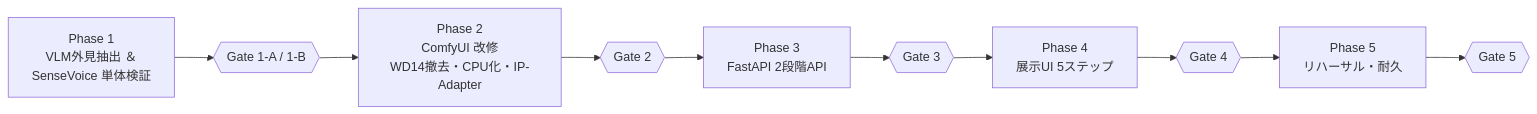
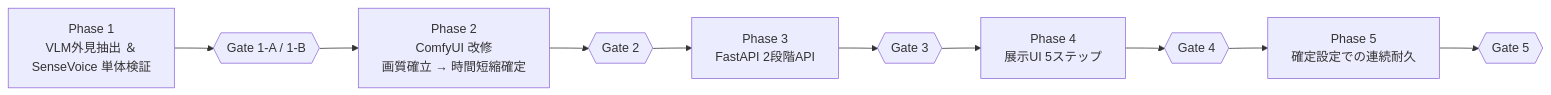
Before and after one commit to nasabanaru-sketch/StoryWeaver: the second of 2 diagrams in docs/plans/README.md, drawn with Mermaid. The commit also changed other lines of this file and 1 other file, not shown here.

````diff
--- a/docs/plans/README.md
+++ b/docs/plans/README.md
@@ -143,8 +158,8 @@
 ```mermaid
 graph LR
     P1["Phase 1<br/>VLM外見抽出 ＆<br/>SenseVoice 単体検証"] --> G1{{"Gate 1-A / 1-B"}}
-    G1 --> P2["Phase 2<br/>ComfyUI 改修<br/>WD14撤去・CPU化・IP-Adapter"] --> G2{{"Gate 2"}}
+    G1 --> P2["Phase 2<br/>ComfyUI 改修<br/>画質確立 → 時間短縮確定"] --> G2{{"Gate 2"}}
     G2 --> P3["Phase 3<br/>FastAPI 2段階API"] --> G3{{"Gate 3"}}
     G3 --> P4["Phase 4<br/>展示UI 5ステップ"] --> G4{{"Gate 4"}}
-    G4 --> P5["Phase 5<br/>リハーサル・耐久"] --> G5{{"Gate 5"}}
+    G4 --> P5["Phase 5<br/>確定設定での連続耐久"] --> G5{{"Gate 5"}}
 ```
````
